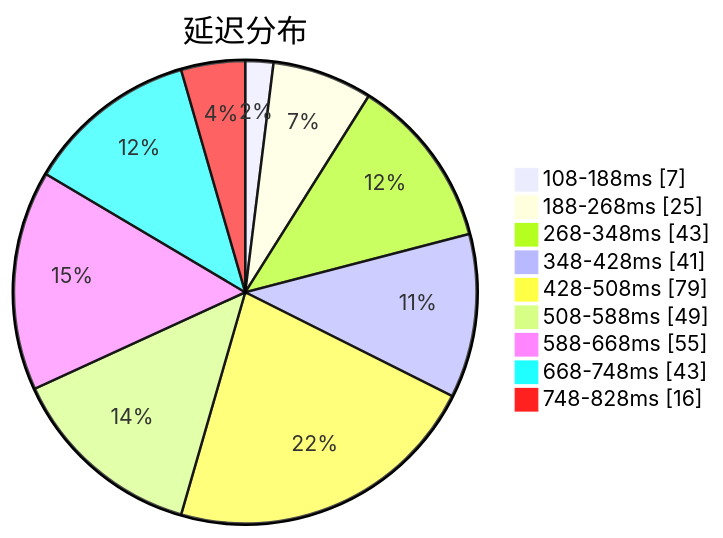
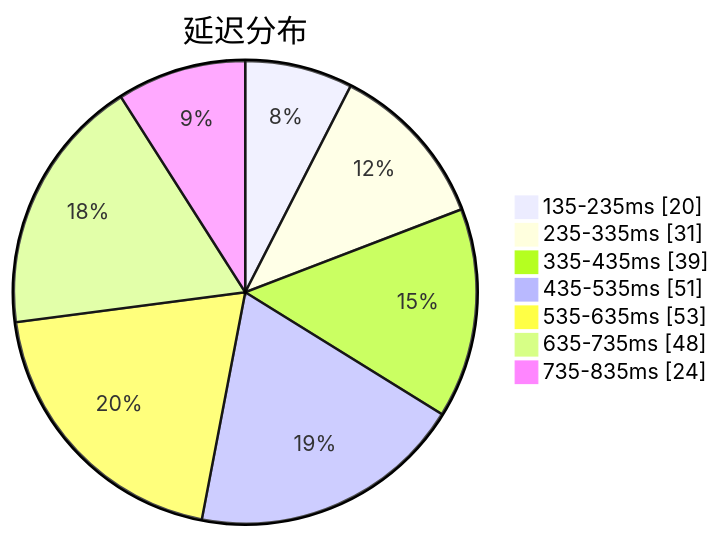
Before and after one commit to sinspired/airport: the first of 3 diagrams in subs/statistics/tested_within.md, drawn with Mermaid. The commit also changed other lines of this file and 2 other files, not shown here.

````diff
--- a/subs/statistics/tested_within.md
+++ b/subs/statistics/tested_within.md
@@ -2,13 +2,11 @@
 ```mermaid
 pie showData
 title 延迟分布
-"108-188ms" : 7
-"188-268ms" : 25
-"268-348ms" : 43
-"348-428ms" : 41
-"428-508ms" : 79
-"508-588ms" : 49
-"588-668ms" : 55
-"668-748ms" : 43
-"748-828ms" : 16
+"135-235ms" : 20
+"235-335ms" : 31
+"335-435ms" : 39
+"435-535ms" : 51
+"535-635ms" : 53
+"635-735ms" : 48
+"735-835ms" : 24
 ```
````
